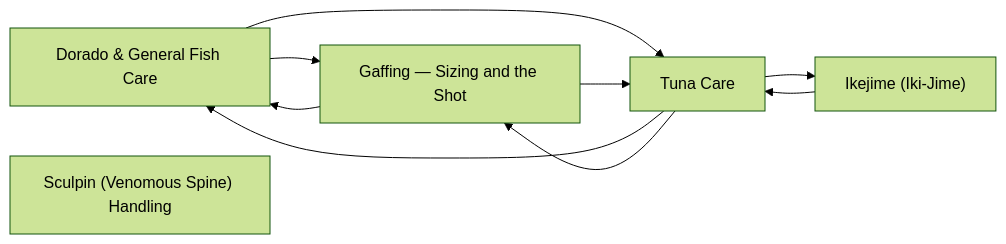
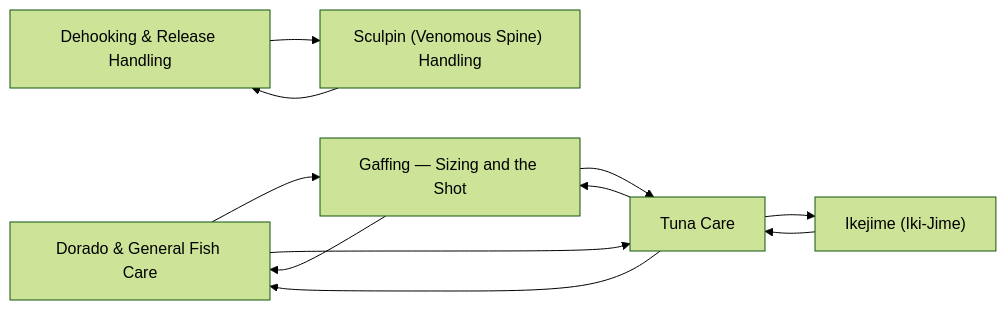
Before and after one commit to camchuckpete-max/Socal-Fishing-Knowledge: the diagram in fish-care/README.md, drawn with Mermaid (forest theme). The commit also changed other lines of this file and 6 other files, not shown here.

````diff
--- a/fish-care/README.md
+++ b/fish-care/README.md
@@ -18,16 +19,19 @@
 ```mermaid
 graph LR
-  n0["Dorado & General Fish Care"]
-  n1["Gaffing — Sizing and the Shot"]
-  n2["Ikejime (Iki-Jime)"]
-  n3["Sculpin (Venomous Spine) Handling"]
-  n4["Tuna Care"]
-  n0 --> n1
+  n0["Dehooking & Release Handling"]
+  n1["Dorado & General Fish Care"]
+  n2["Gaffing — Sizing and the Shot"]
+  n3["Ikejime (Iki-Jime)"]
+  n4["Sculpin (Venomous Spine) Handling"]
+  n5["Tuna Care"]
   n0 --> n4
-  n1 --> n0
-  n1 --> n4
-  n2 --> n4
+  n1 --> n2
+  n1 --> n5
+  n2 --> n1
+  n2 --> n5
+  n3 --> n5
   n4 --> n0
-  n4 --> n1
-  n4 --> n2
+  n5 --> n1
+  n5 --> n2
+  n5 --> n3
 ```
````
